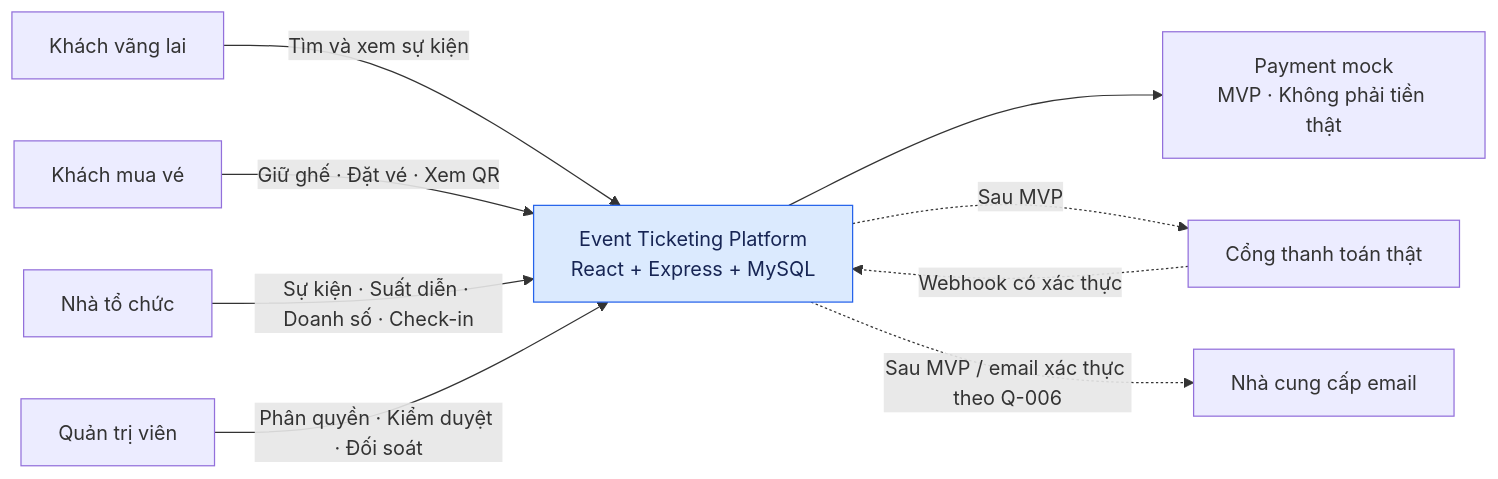
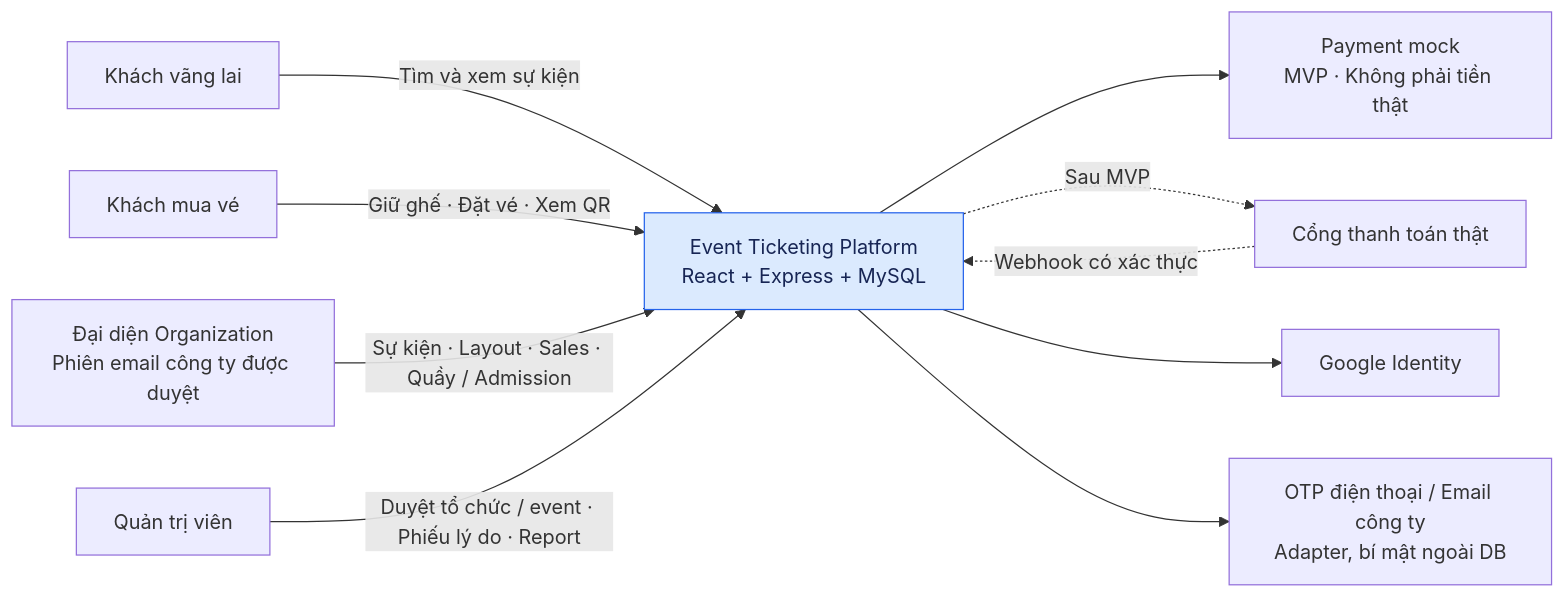
One commit to TienTrn05/Event_booking_ticket changed the diagram in docs/diagrams/01-system-context.mmd. Above: the diagram before and after it, drawn with Mermaid. The commit also changed 56 other files, not shown here.

```diff
--- a/docs/diagrams/01-system-context.mmd
+++ b/docs/diagrams/01-system-context.mmd
@@ -1,11 +1,12 @@
 flowchart LR
     G["Khách vãng lai"] -->|"Tìm và xem sự kiện"| P
     C["Khách mua vé"] -->|"Giữ ghế · Đặt vé · Xem QR"| P
-    O["Nhà tổ chức"] -->|"Sự kiện · Suất diễn · Doanh số · Check-in"| P
-    A["Quản trị viên"] -->|"Phân quyền · Kiểm duyệt · Đối soát"| P
+    O["Đại diện Organization<br/>Phiên email công ty được duyệt"] -->|"Sự kiện · Layout · Sales · Quầy / Admission"| P
+    A["Quản trị viên"] -->|"Duyệt tổ chức / event · Phiếu lý do · Report"| P
     P["Event Ticketing Platform<br/>React + Express + MySQL"] --> M["Payment mock<br/>MVP · Không phải tiền thật"]
     P -.->|"Sau MVP"| R["Cổng thanh toán thật"]
     R -.->|"Webhook có xác thực"| P
-    P -.->|"Sau MVP / email xác thực theo Q-006"| E["Nhà cung cấp email"]
+    P --> GID["Google Identity"]
+    P --> E["OTP điện thoại / Email công ty<br/>Adapter, bí mật ngoài DB"]
     classDef core fill:#dbeafe,stroke:#2563eb,color:#172554
     class P core
```
